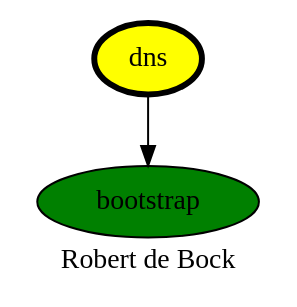
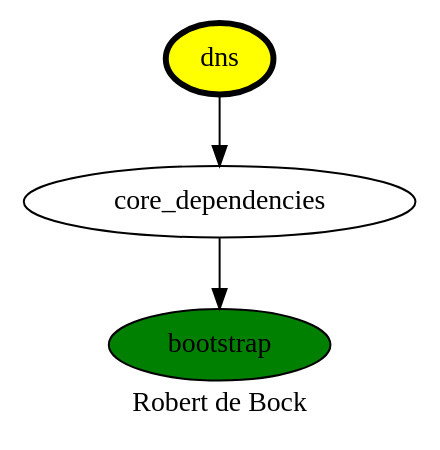
Before and after one commit to robertdebock/drawings: the diagram in dns.dot, drawn with Graphviz. The commit also changed 1 other file, not shown here.

Commit message:
let dns depend on core_dependecies.

```diff
--- a/dns.dot
+++ b/dns.dot
@@ -1,9 +1,10 @@
 digraph PhiloDilemma {
   label = "Robert de Bock" ;
   overlap=false
   {
     bootstrap [fillcolor=green style=filled]
     dns [fillcolor=yellow style=filled penwidth=3]
   }
-  dns -> bootstrap
+  dns -> "core_dependencies"
+  "core_dependencies" -> bootstrap
 }
```
